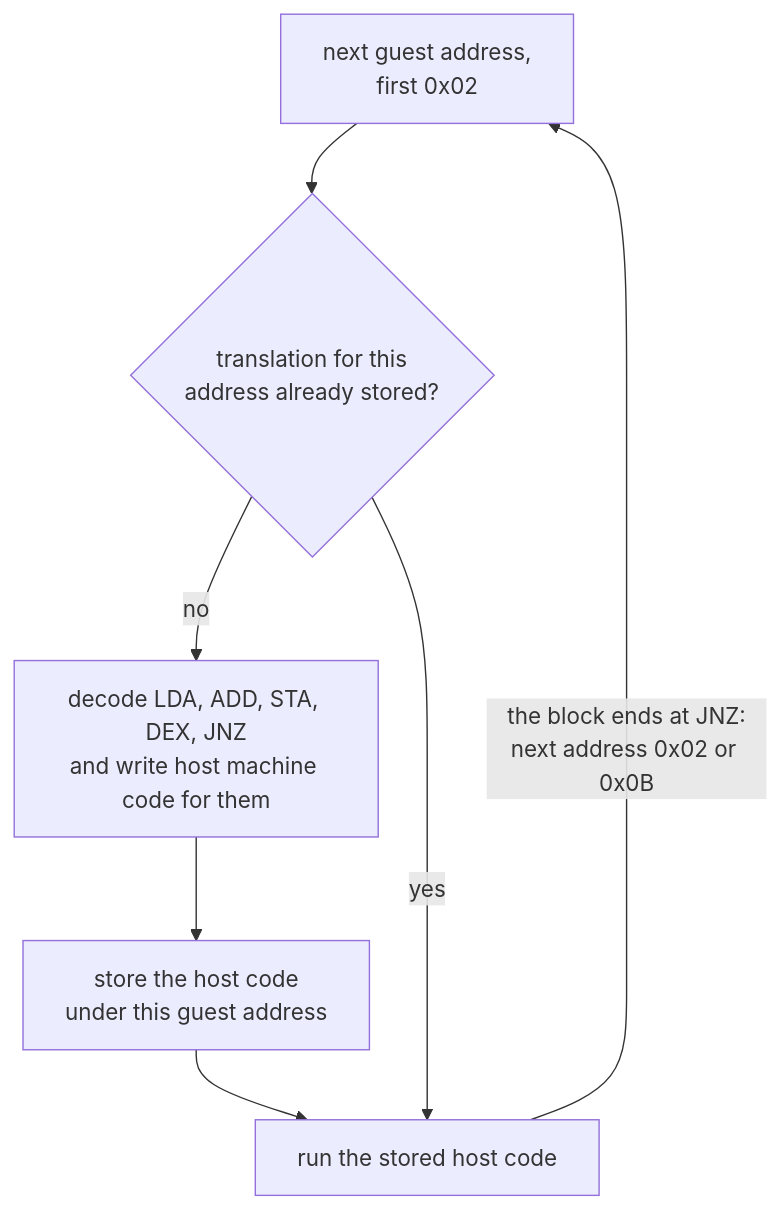
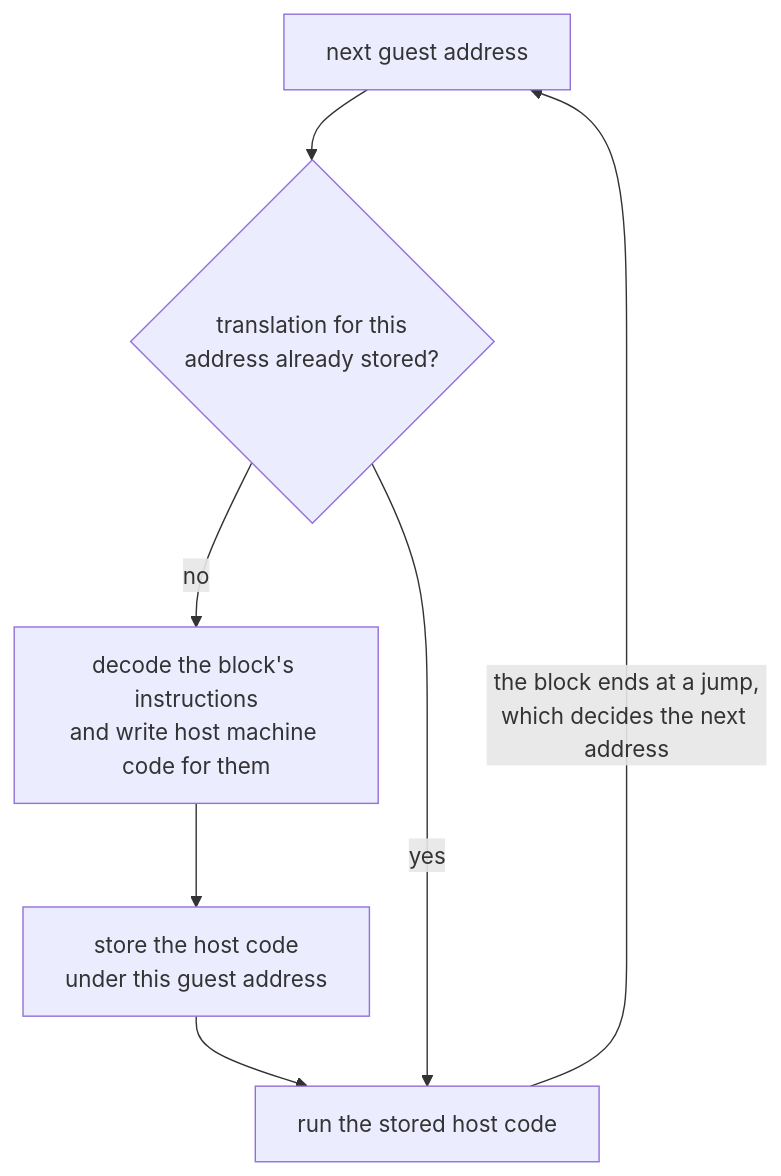
One commit to MustCodeAl/rust-game-hacking-book changed the first of 2 diagrams in site/src/content/docs/pages/14/06.mdx. Above: the diagram before and after it, drawn with Mermaid. The commit also changed other lines of this file and 23 other files, not shown here.

````diff
--- a/site/src/content/docs/pages/14/06.mdx
+++ b/site/src/content/docs/pages/14/06.mdx
@@ -230,9 +103,9 @@
 ```mermaid
 flowchart TD
-    A["next guest address,<br/>first 0x02"] --> L{"translation for this<br/>address already stored?"}
-    L -->|"no"| T["decode LDA, ADD, STA, DEX, JNZ<br/>and write host machine code for them"]
+    A["next guest address"] --> L{"translation for this<br/>address already stored?"}
+    L -->|"no"| T["decode the block's instructions<br/>and write host machine code for them"]
     T --> S["store the host code<br/>under this guest address"]
     S --> R["run the stored host code"]
     L -->|"yes"| R
-    R -->|"the block ends at JNZ:<br/>next address 0x02 or 0x0B"| A
+    R -->|"the block ends at a jump,<br/>which decides the next address"| A
 ```
````
